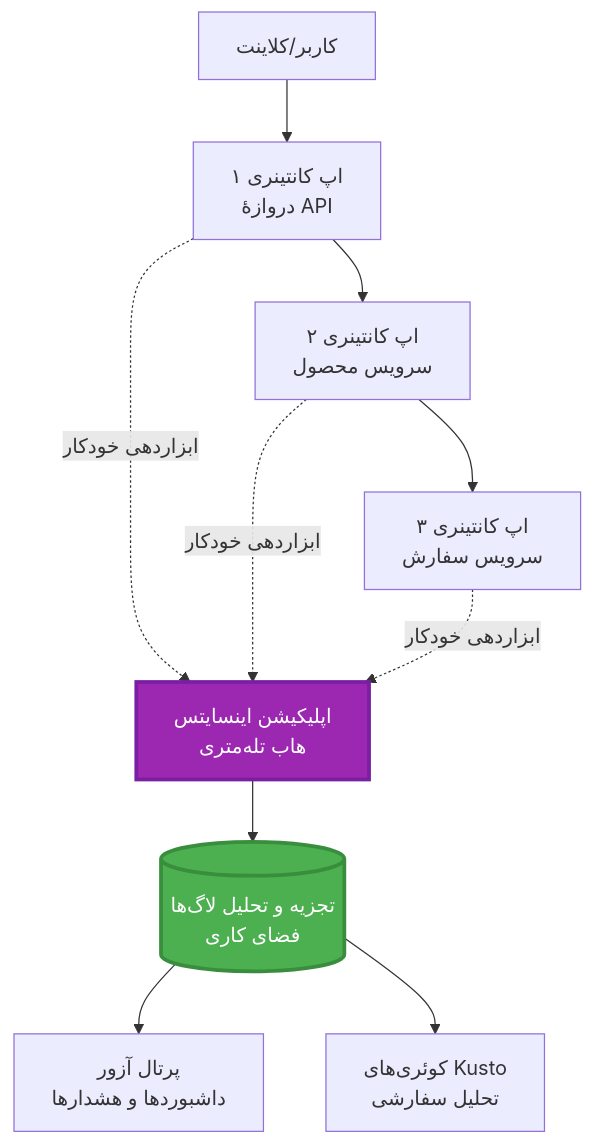
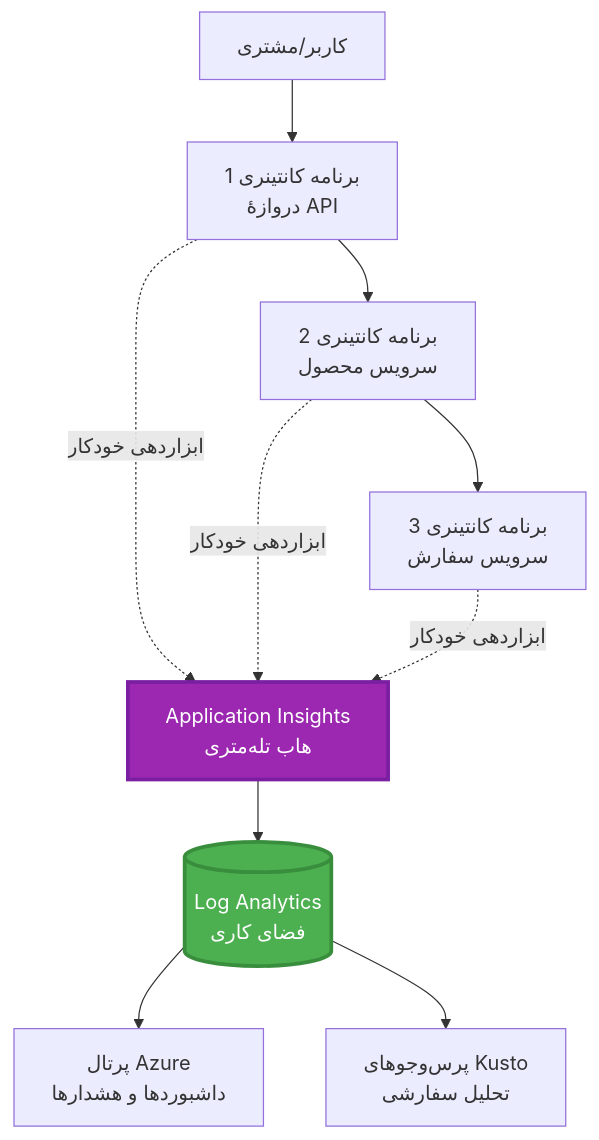
One commit to microsoft/AZD-for-beginners changed the first of 2 diagrams in translations/fa/docs/chapter-06-pre-deployment/application-insights.md. Above: the diagram before and after it, drawn with Mermaid. The commit also changed other lines of this file and 101 other files, not shown here.

````diff
--- a/translations/fa/docs/chapter-06-pre-deployment/application-insights.md
+++ b/translations/fa/docs/chapter-06-pre-deployment/application-insights.md
@@ -58,28 +58,28 @@
 ```mermaid
 graph TB
-    User[کاربر/کلاینت]
-    App1[اپ کانتینری ۱<br/>دروازهٔ API]
-    App2[اپ کانتینری ۲<br/>سرویس محصول]
-    App3[اپ کانتینری ۳<br/>سرویس سفارش]
+    User[کاربر/مشتری]
+    App1[برنامه کانتینری 1<br/>دروازهٔ API]
+    App2[برنامه کانتینری 2<br/>سرویس محصول]
+    App3[برنامه کانتینری 3<br/>سرویس سفارش]
     
-    AppInsights[اپلیکیشن اینسایتس<br/>هاب تله‌متری]
-    LogAnalytics[(تجزیه و تحلیل لاگ‌ها<br/>فضای کاری)]
+    AppInsights[Application Insights<br/>هاب تله‌متری]
+    LogAnalytics[(Log Analytics<br/>فضای کاری)]
     
-    Portal[پرتال آزور<br/>داشبوردها و هشدارها]
-    Query[کوئری‌های Kusto<br/>تحلیل سفارشی]
+    Portal[پرتال Azure<br/>داشبوردها و هشدارها]
+    Query[پرس‌وجوهای Kusto<br/>تحلیل سفارشی]
     
     User --> App1
     App1 --> App2
     App2 --> App3
     
     App1 -.->|ابزاردهی خودکار| AppInsights
     App2 -.->|ابزاردهی خودکار| AppInsights
     App3 -.->|ابزاردهی خودکار| AppInsights
     
     AppInsights --> LogAnalytics
     LogAnalytics --> Portal
     LogAnalytics --> Query
     
     style AppInsights fill:#9C27B0,stroke:#7B1FA2,stroke-width:3px,color:#fff
     style LogAnalytics fill:#4CAF50,stroke:#388E3C,stroke-width:3px,color:#fff
 ```
````
